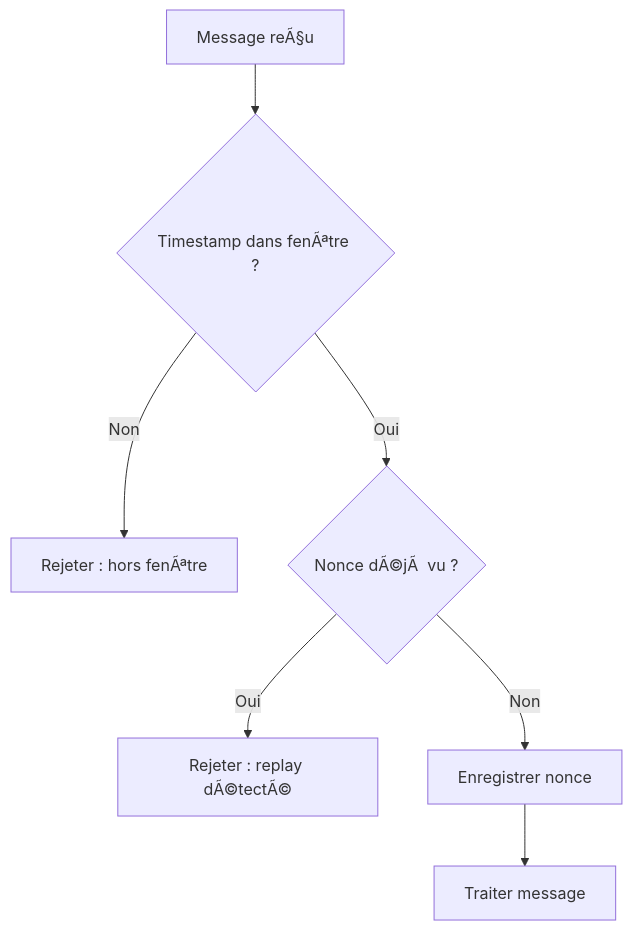
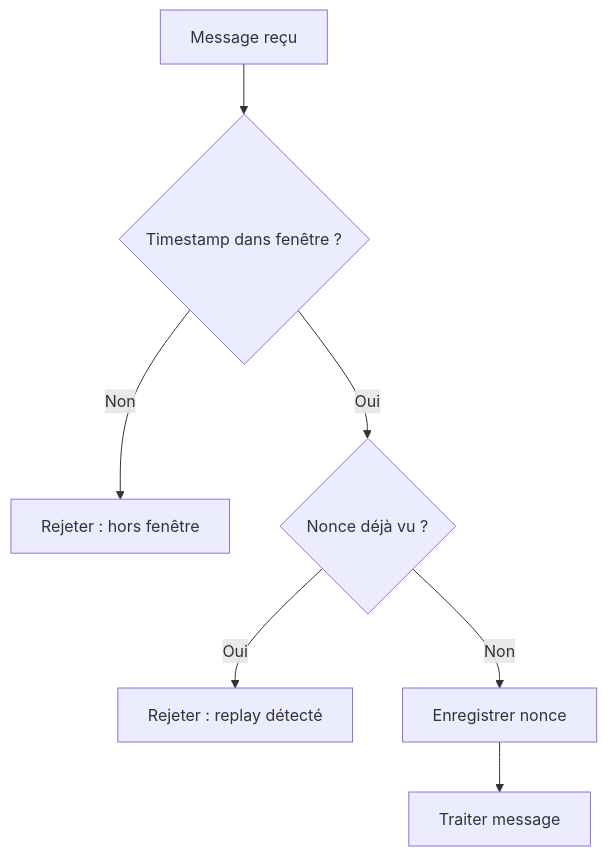
Before and after one commit to StudioMiyukini/miyukini_cog: the third of 3 diagrams in docs/miyukini-webway-system/securite/MWS - Chiffrement et TLS.md, drawn with Mermaid. The commit also changed other lines of this file and 564 other files, not shown here.

````diff
--- a/docs/miyukini-webway-system/securite/MWS - Chiffrement et TLS.md
+++ b/docs/miyukini-webway-system/securite/MWS - Chiffrement et TLS.md
@@ -269,9 +269,9 @@
 ```mermaid
 flowchart TB
-    A[Message reÃ§u] --> B{Timestamp dans fenÃªtre ?}
-    B -->|Non| C[Rejeter : hors fenÃªtre]
-    B -->|Oui| D{Nonce dÃ©jÃ  vu ?}
-    D -->|Oui| E[Rejeter : replay dÃ©tectÃ©]
+    A[Message reçu] --> B{Timestamp dans fenêtre ?}
+    B -->|Non| C[Rejeter : hors fenêtre]
+    B -->|Oui| D{Nonce déjà vu ?}
+    D -->|Oui| E[Rejeter : replay détecté]
     D -->|Non| F[Enregistrer nonce]
     F --> G[Traiter message]
 ```
````
